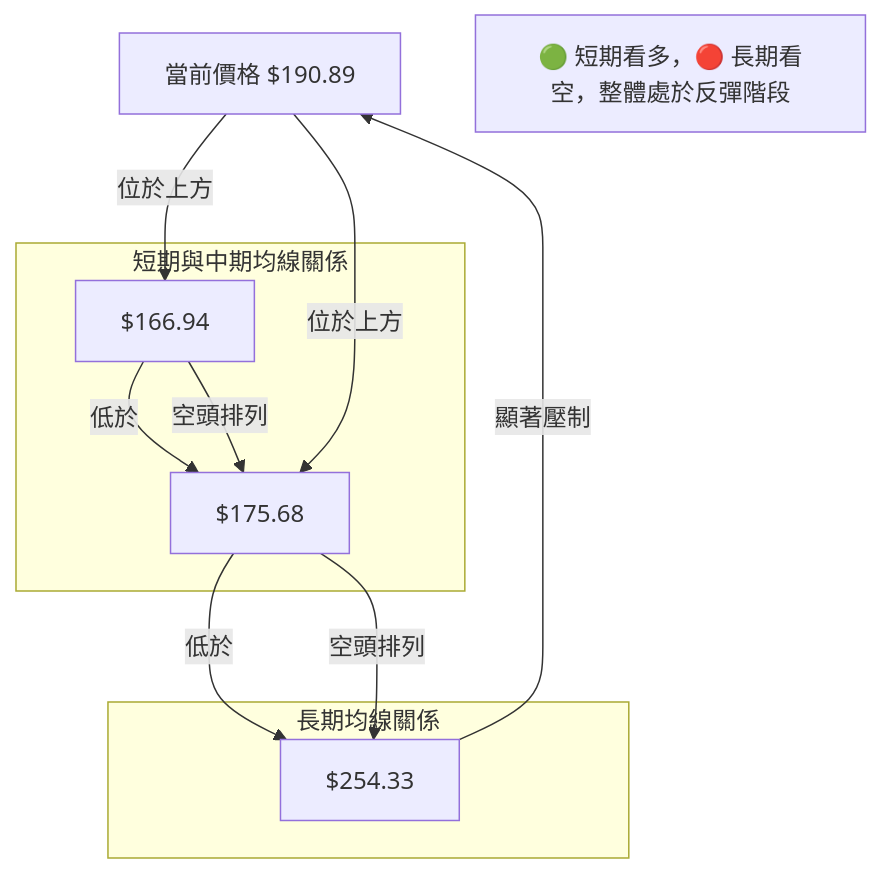
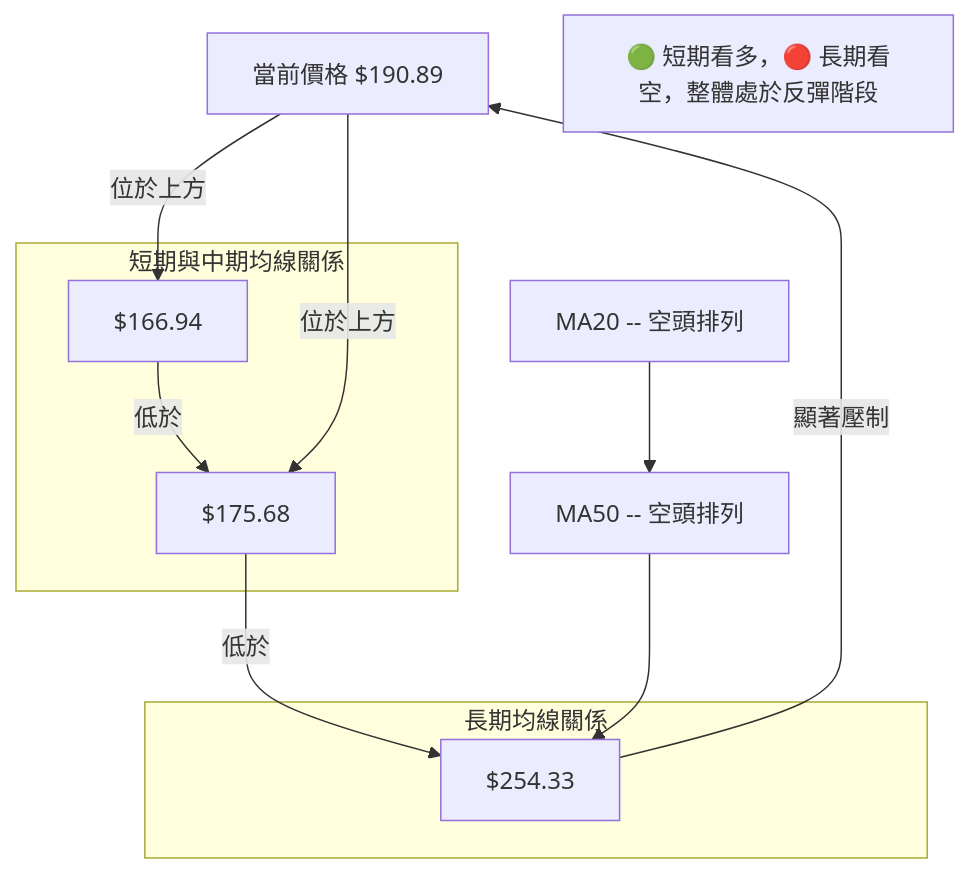
The seventh of 12 diagrams in ai_gen_report/stock/avav/technical_analysis_2026-07-03_gemini.md (yennanliu/finance_data), drawn with Mermaid before and after one commit. The commit also changed other lines of this file and 2258 other files, not shown here.

First line of the commit message:
chore: backfill Mermaid syntax repair across existing reports

````diff
--- a/ai_gen_report/stock/avav/technical_analysis_2026-07-03_gemini.md
+++ b/ai_gen_report/stock/avav/technical_analysis_2026-07-03_gemini.md
@@ -403,23 +403,23 @@
 ```mermaid
 graph TD
-    P[當前價格 $190.89]
+    P["當前價格 $190.89"]
 
     subgraph 短期與中期均線關係
-        MA20[$166.94]
-        MA50[$175.68]
-        MA20 -->|低於| MA50
+        MA20["$166.94"]
+        MA50["$175.68"]
+        MA20 -->|"低於"| MA50
     end
 
     subgraph 長期均線關係
-        MA200[$254.33]
-        MA50 -->|低於| MA200
+        MA200["$254.33"]
+        MA50 -->|"低於"| MA200
     end
 
-    P -->|位於上方| MA20
-    P -->|位於上方| MA50
+    P -->|"位於上方"| MA20
+    P -->|"位於上方"| MA50
 
-    MA20 -- "空頭排列" --> MA50 -- "空頭排列" --> MA200
-    MA200 -->|顯著壓制| P
+    nb1["MA20 -- "空頭排列""] --> nb2["MA50 -- "空頭排列""] --> MA200
+    MA200 -->|"顯著壓制"| P
 
-    Conclusion[🟢 短期看多，🔴 長期看空，整體處於反彈階段]
+    Conclusion["🟢 短期看多，🔴 長期看空，整體處於反彈階段"]
 ```
````
